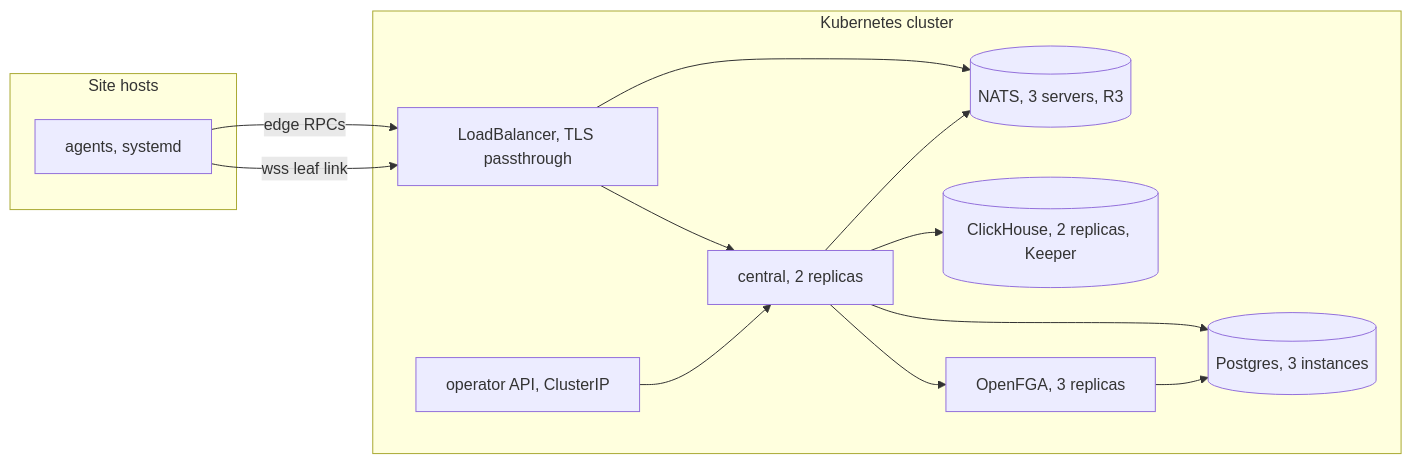
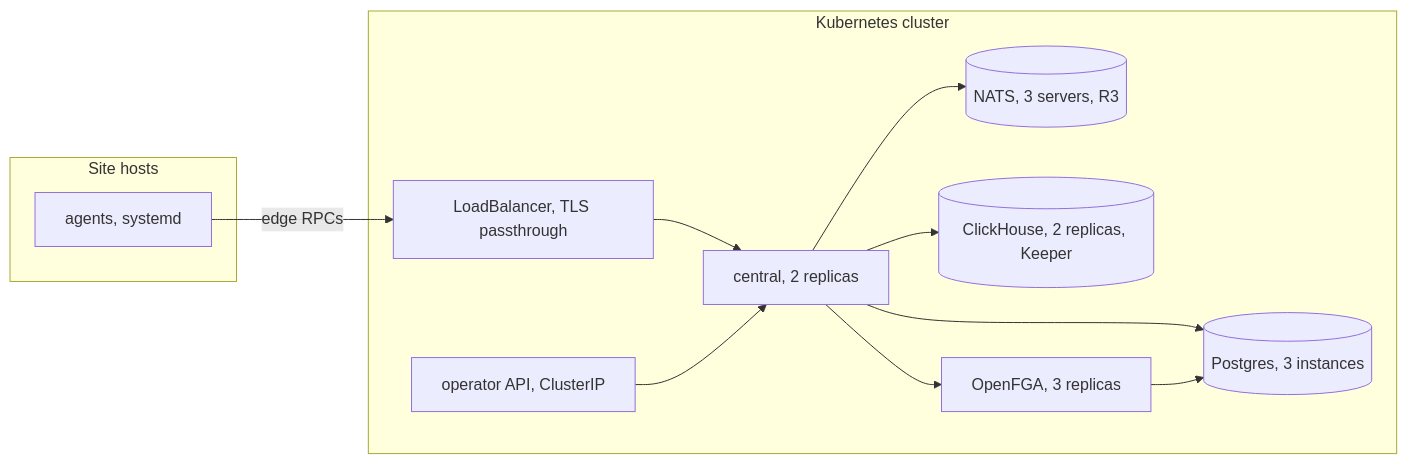
The diagram in docs/architecture/2026-10-03-deployment-direction.md (Aledantee/FlowSeer), drawn with Mermaid before and after one commit. The commit also changed other lines of this file and 10 other files, not shown here.

````diff
--- a/docs/architecture/2026-10-03-deployment-direction.md
+++ b/docs/architecture/2026-10-03-deployment-direction.md
@@ -41,22 +41,21 @@
 ```mermaid
 flowchart LR
   subgraph site[Site hosts]
     A[agents, systemd]
   end
   subgraph cluster[Kubernetes cluster]
     LB[LoadBalancer, TLS passthrough]
     C[central, 2 replicas]
     O[operator API, ClusterIP]
     N[(NATS, 3 servers, R3)]
     PG[(Postgres, 3 instances)]
     CH[(ClickHouse, 2 replicas, Keeper)]
     F[OpenFGA, 3 replicas]
   end
   A -- edge RPCs --> LB --> C
-  A -- wss leaf link --> LB --> N
   O --> C
   C --> N
   C --> PG
   C --> CH
   C --> F --> PG
 ```
````
